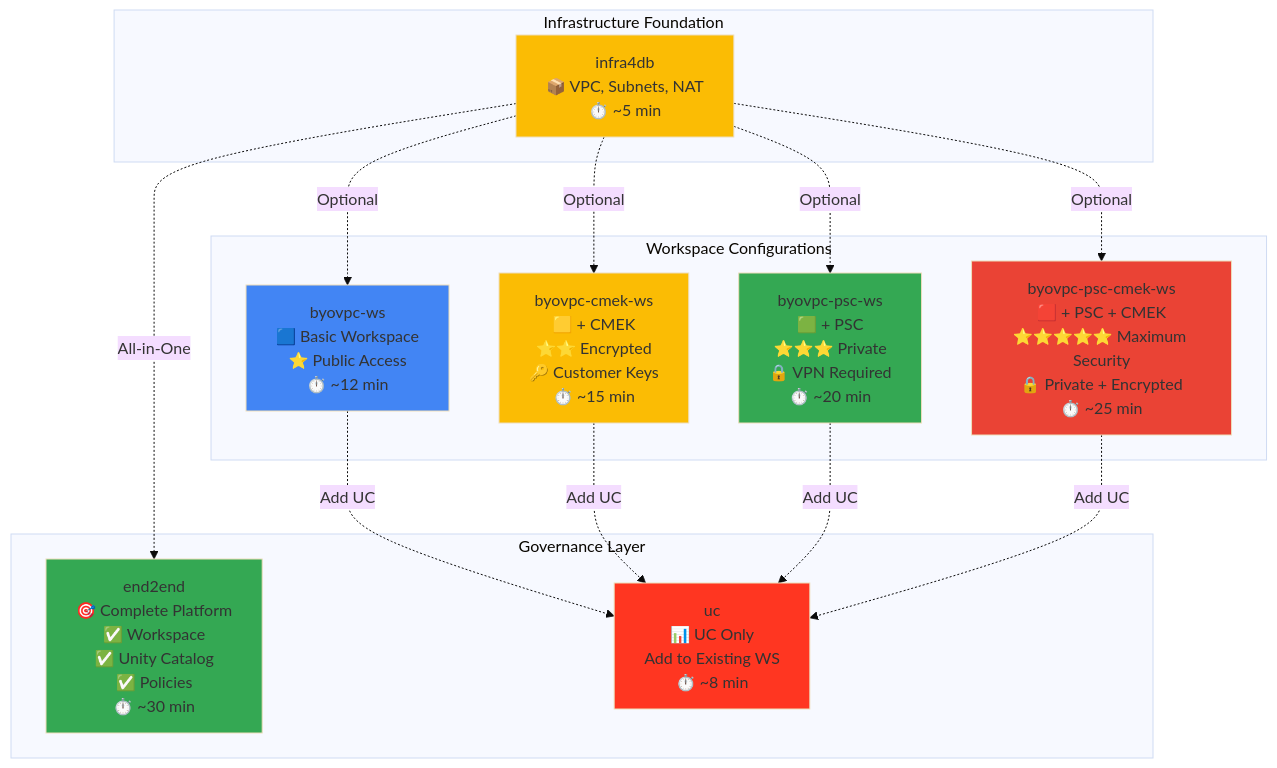
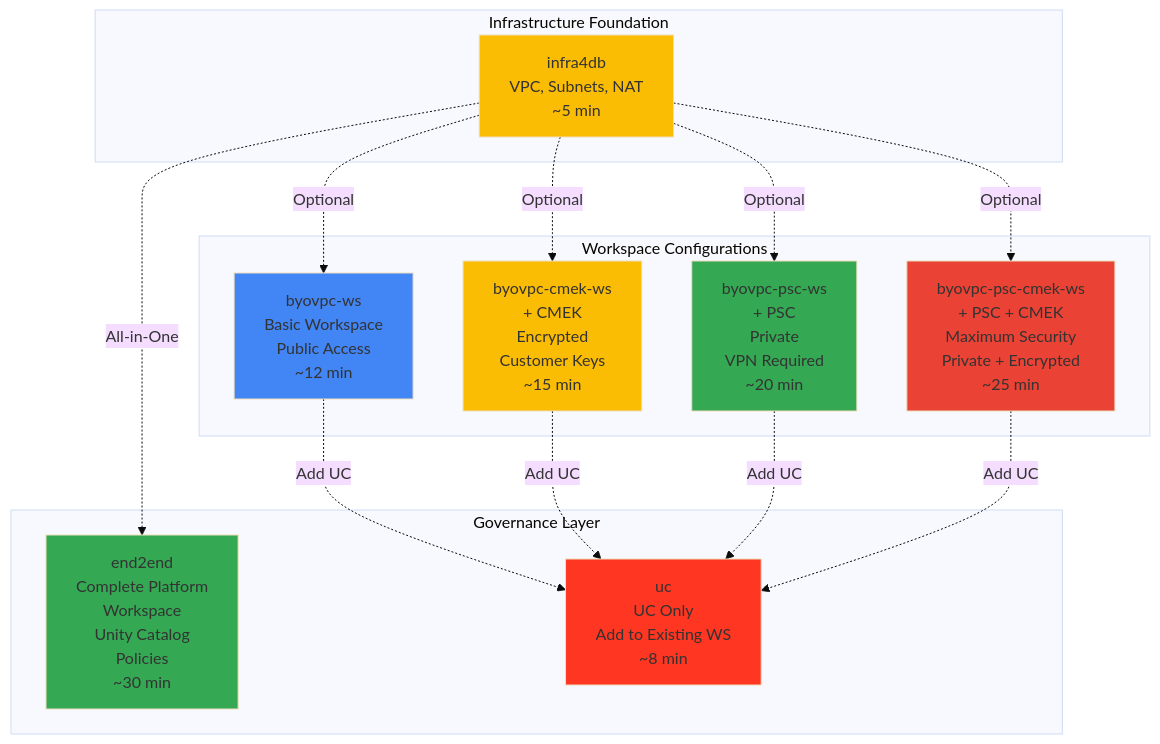
One commit to bhavink/databricks changed diagram 14 of 15 in gcpdb4u/templates/terraform-scripts/readme.md. Above: the diagram before and after it, drawn with Mermaid (base theme). The commit also changed other lines of this file and 81 other files, not shown here.

````diff
--- a/gcpdb4u/templates/terraform-scripts/readme.md
+++ b/gcpdb4u/templates/terraform-scripts/readme.md
@@ -1241,42 +1241,42 @@
 ```mermaid
 graph TB
     subgraph "Infrastructure Foundation"
-        INFRA[infra4db<br/>📦 VPC, Subnets, NAT<br/>⏱️ ~5 min]
+        INFRA[infra4db<br/> VPC, Subnets, NAT<br/> ~5 min]
     end
 
     subgraph "Workspace Configurations"
-        BASIC[byovpc-ws<br/>🟦 Basic Workspace<br/>⭐ Public Access<br/>⏱️ ~12 min]
+        BASIC[byovpc-ws<br/> Basic Workspace<br/> Public Access<br/> ~12 min]
 
-        CMEK[byovpc-cmek-ws<br/>🟨 + CMEK<br/>⭐⭐ Encrypted<br/>🔑 Customer Keys<br/>⏱️ ~15 min]
+        CMEK[byovpc-cmek-ws<br/> + CMEK<br/> Encrypted<br/> Customer Keys<br/> ~15 min]
 
-        PSC[byovpc-psc-ws<br/>🟩 + PSC<br/>⭐⭐⭐ Private<br/>🔒 VPN Required<br/>⏱️ ~20 min]
+        PSC[byovpc-psc-ws<br/> + PSC<br/> Private<br/> VPN Required<br/> ~20 min]
 
-        SECURE[byovpc-psc-cmek-ws<br/>🟥 + PSC + CMEK<br/>⭐⭐⭐⭐⭐ Maximum Security<br/>🔒 Private + Encrypted<br/>⏱️ ~25 min]
+        SECURE[byovpc-psc-cmek-ws<br/> + PSC + CMEK<br/> Maximum Security<br/> Private + Encrypted<br/> ~25 min]
     end
 
     subgraph "Governance Layer"
-        E2E[end2end<br/>🎯 Complete Platform<br/>✅ Workspace<br/>✅ Unity Catalog<br/>✅ Policies<br/>⏱️ ~30 min]
+        E2E[end2end<br/> Complete Platform<br/> Workspace<br/> Unity Catalog<br/> Policies<br/> ~30 min]
 
-        UC_ONLY[uc<br/>📊 UC Only<br/>Add to Existing WS<br/>⏱️ ~8 min]
+        UC_ONLY[uc<br/> UC Only<br/>Add to Existing WS<br/> ~8 min]
     end
 
     INFRA -.Optional.-> BASIC
     INFRA -.Optional.-> CMEK
     INFRA -.Optional.-> PSC
     INFRA -.Optional.-> SECURE
 
     BASIC -.Add UC.-> UC_ONLY
     CMEK -.Add UC.-> UC_ONLY
     PSC -.Add UC.-> UC_ONLY
     SECURE -.Add UC.-> UC_ONLY
 
     INFRA -.All-in-One.-> E2E
 
     style INFRA fill:#FBBC04
     style BASIC fill:#4285F4
     style CMEK fill:#FBBC04
     style PSC fill:#34A853
     style SECURE fill:#EA4335
     style E2E fill:#34A853
     style UC_ONLY fill:#FF3621
 ```
````
